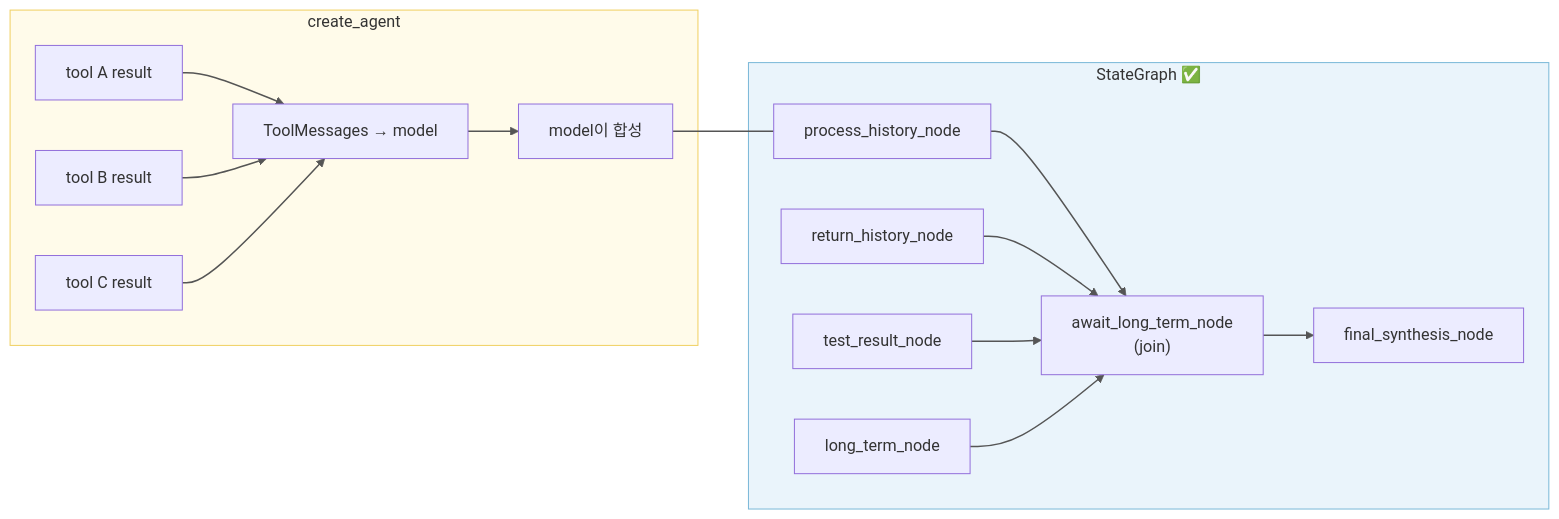
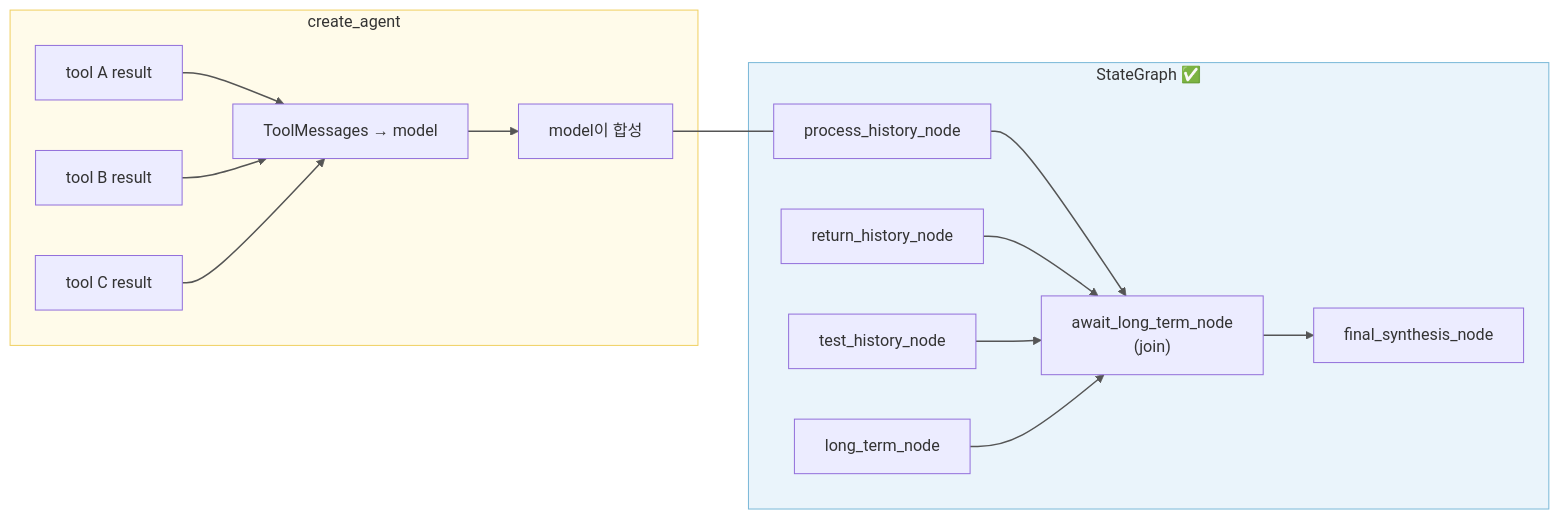
The tenth of 11 diagrams in 3_playground/display_defect_chatbot/docs/final_presentation.md (daehun1102/langchain_study), drawn with Mermaid before and after one commit. The commit also changed other lines of this file and 17 other files, not shown here.

First line of the commit message:
refactor: rename test_result → test_history across all layers

````diff
--- a/3_playground/display_defect_chatbot/docs/final_presentation.md
+++ b/3_playground/display_defect_chatbot/docs/final_presentation.md
@@ -261,23 +269,23 @@
 ```mermaid
 flowchart LR
     subgraph A["create_agent"]
         A1["tool A result"] --> A4["ToolMessages → model"]
         A2["tool B result"] --> A4
         A3["tool C result"] --> A4
         A4 --> A5["model이 합성"]
     end
 
     subgraph B["StateGraph ✅"]
         B1["process_history_node"] --> B4["await_long_term_node<br>(join)"]
         B2["return_history_node"] --> B4
-        B3["test_result_node"] --> B4
+        B3["test_history_node"] --> B4
         B5["long_term_node"] --> B4
         B4 --> B6["final_synthesis_node"]
     end
 
     A5 ~~~ B1
 
     style A fill:#fffbea,stroke:#f0d060,color:#333
     style B fill:#eaf4fb,stroke:#7ab8d8,color:#333
     linkStyle default stroke:#555,stroke-width:1.5px
 ```
````
